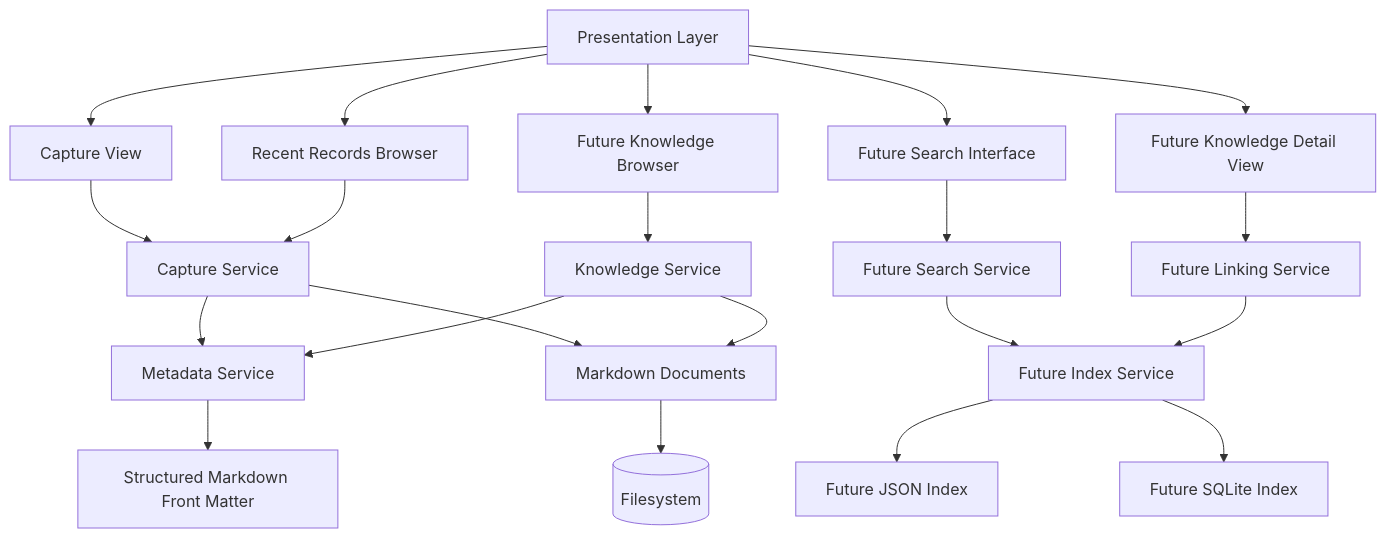
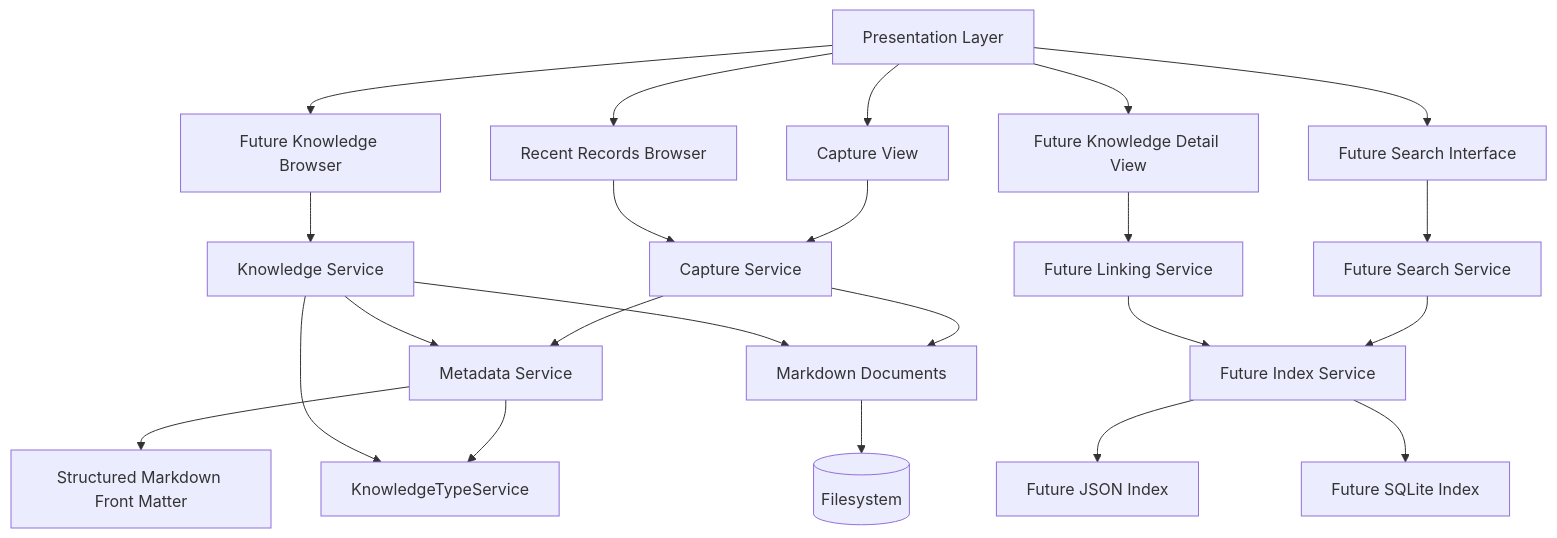
Before and after one commit to 2511677586/LifeOS: the diagram in docs/Architecture.md, drawn with Mermaid. The commit also changed other lines of this file and 9 other files, not shown here.

Commit message:
feat: add knowledge type service

````diff
--- a/docs/Architecture.md
+++ b/docs/Architecture.md
@@ -49,26 +50,28 @@
 ```mermaid
 graph TD
     UI[Presentation Layer] --> CV[Capture View]
     UI --> RB[Recent Records Browser]
     UI --> KB[Future Knowledge Browser]
     UI --> SI[Future Search Interface]
     UI --> DV[Future Knowledge Detail View]
 
     CV --> CS[Capture Service]
     RB --> CS
     KB --> KS[Knowledge Service]
     SI --> SS[Future Search Service]
     DV --> LS[Future Linking Service]
 
     CS --> MS[Metadata Service]
+    MS --> KTS[KnowledgeTypeService]
     KS --> MS
+    KS --> KTS
     MS --> SD[Structured Markdown Front Matter]
     CS --> MD[Markdown Documents]
     KS --> MD
     SS --> IX[Future Index Service]
     LS --> IX
 
     MD --> FS[(Filesystem)]
     IX --> JI[Future JSON Index]
     IX --> SQ[Future SQLite Index]
 ```
````
